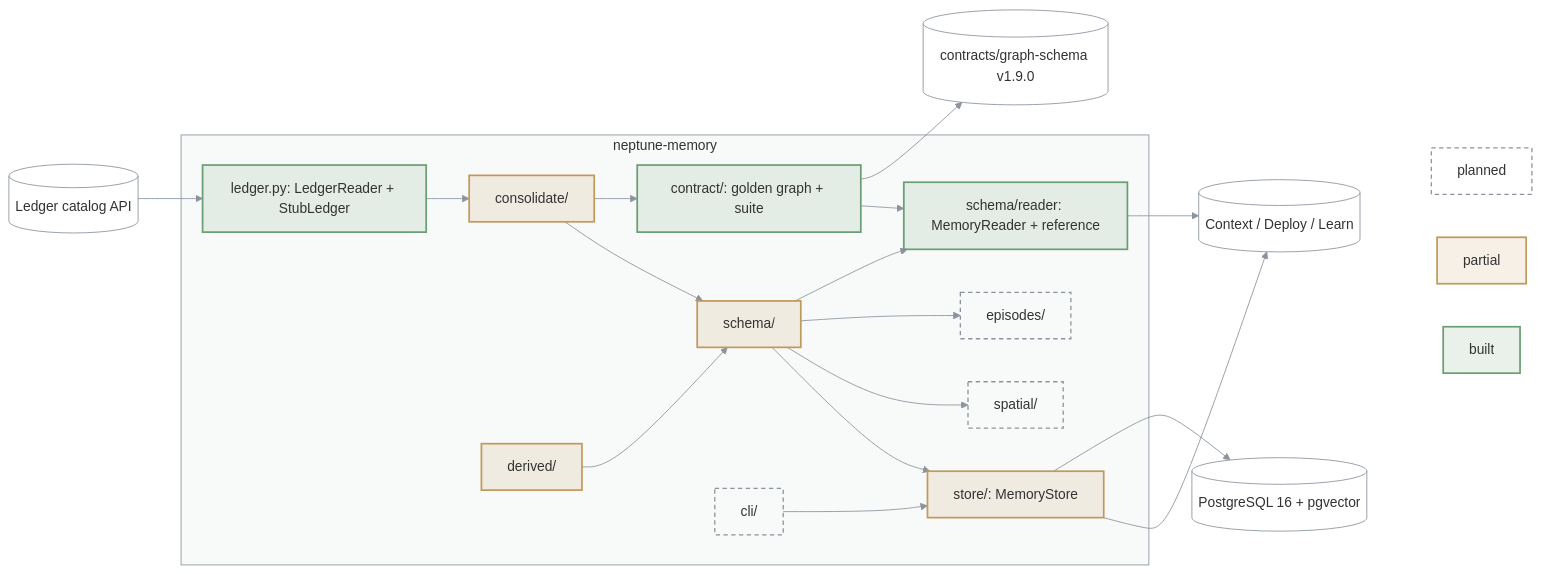
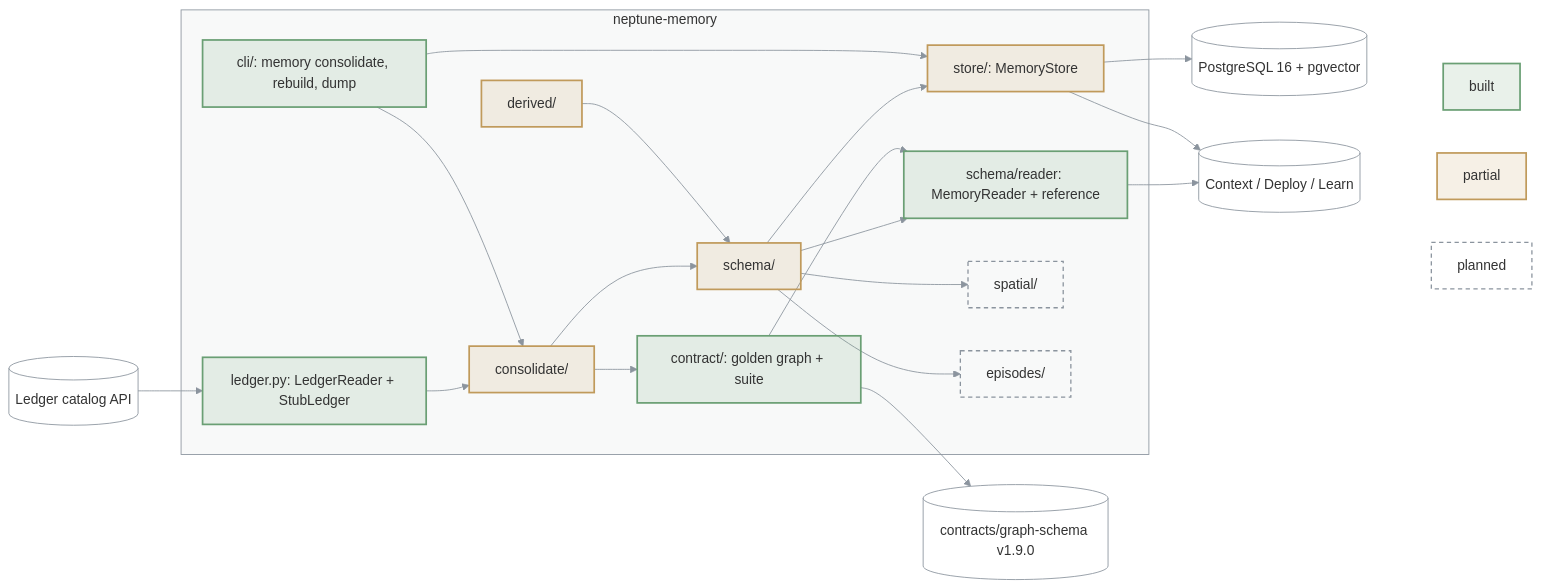
Before and after one commit to bennytay/neptune: the diagram in packages/neptune-memory/ARCHITECTURE.md, drawn with Mermaid. The commit also changed 7 other files, not shown here.

First line of the commit message:
docs(memory): ADR 0016, guarantees.md and the rebuild CLI in the architecture

````diff
--- a/packages/neptune-memory/ARCHITECTURE.md
+++ b/packages/neptune-memory/ARCHITECTURE.md
@@ -3,48 +3,49 @@
 ```mermaid
 flowchart LR
   LED[("Ledger catalog API")]
   PG[("PostgreSQL 16 + pgvector")]
   subgraph M["neptune-memory"]
     SEAM["ledger.py: LedgerReader + StubLedger"]
     CON["consolidate/"]
     DER["derived/"]
     SCH["schema/"]
     RD["schema/reader: MemoryReader + reference"]
     CT["contract/: golden graph + suite"]
     STO["store/: MemoryStore"]
     SPA["spatial/"]
     EPI["episodes/"]
-    CLI["cli/"]
+    CLI["cli/: memory consolidate, rebuild, dump"]
   end
   OUT[("Context / Deploy / Learn")]
   LED --> SEAM --> CON --> SCH --> STO
   DER --> SCH
   SCH --> SPA & EPI
   SCH --> RD --> OUT
   CON --> CT --> RD
   CT --> REG[("contracts/graph-schema v1.9.0")]
   STO --> OUT
+  CLI --> CON
   CLI --> STO
   STO --> PG
 
   subgraph KEY[" "]
     K1["built"]
     K2["partial"]
     K3["planned"]
   end
   OUT ~~~ K1 & K2 & K3
 
   classDef built fill:#6a9f7426,stroke:#6a9f74,stroke-width:2px
   classDef partial fill:#c09a5b26,stroke:#c09a5b,stroke-width:2px
   classDef todo fill:none,stroke:#8b949e,stroke-width:1.5px,stroke-dasharray:5 4
   classDef ext fill:none,stroke:#8b949e,stroke-width:1px
   class K1 built
   class K2 partial
-  class SPA,EPI,CLI,K3 todo
+  class SPA,EPI,K3 todo
   class CON,DER,SCH,STO partial
-  class SEAM,RD,CT built
+  class SEAM,RD,CT,CLI built
   class LED,OUT,PG,REG ext
   style M fill:#8b949e0f,stroke:#8b949e
   style KEY fill:none,stroke:none
   linkStyle default stroke:#8b949e
 ```
````
